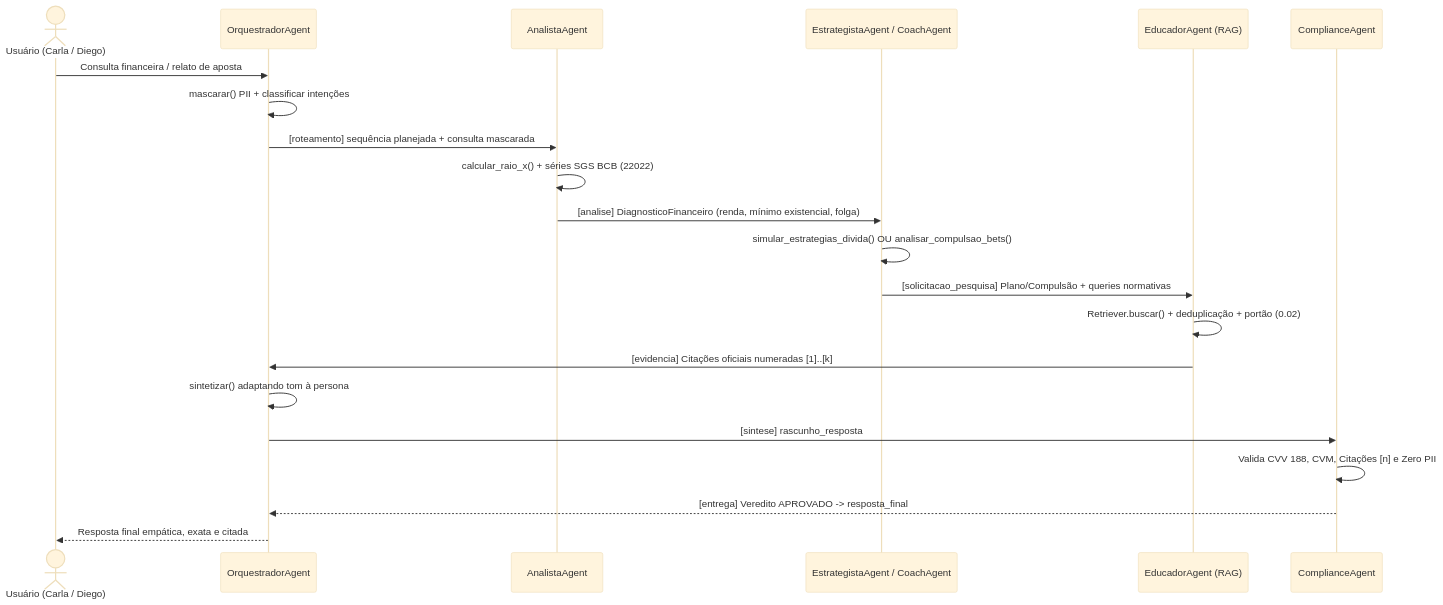
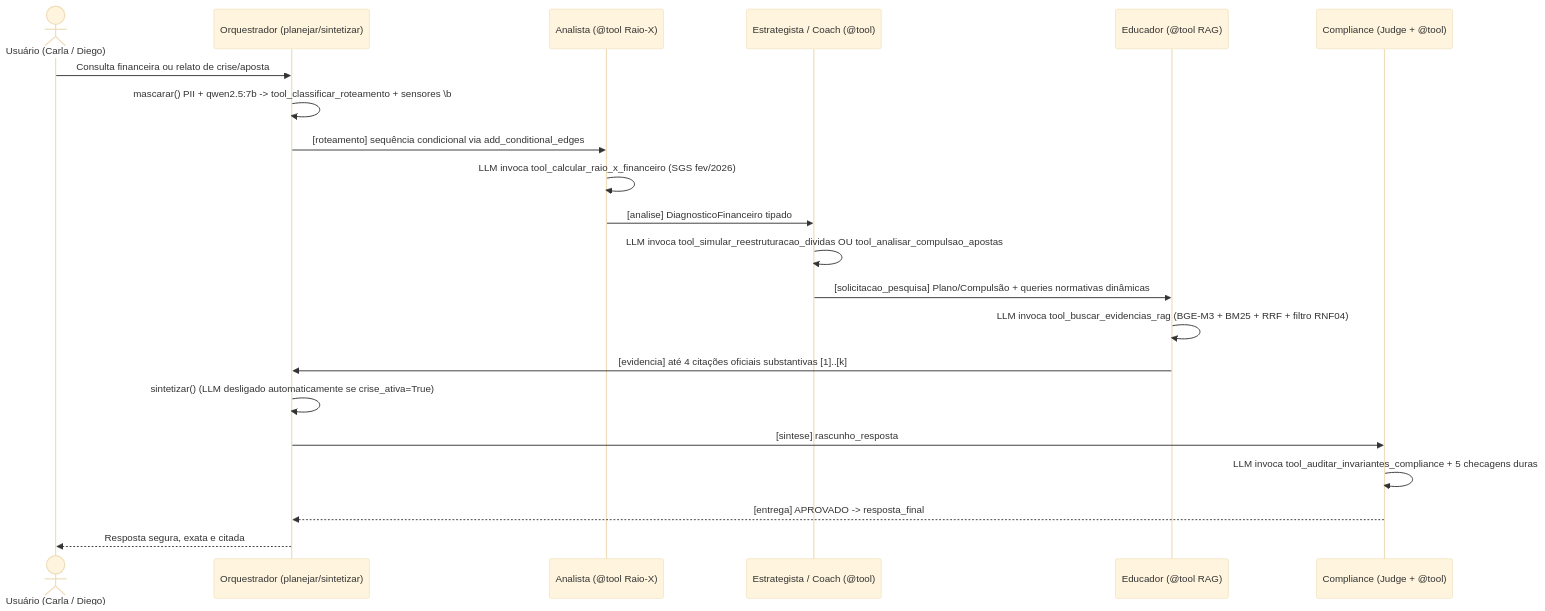
One commit to Andre-Atlas/PANDORA changed the first of 2 diagrams in docs/agentes/03-fluxo-interacao.md. Above: the diagram before and after it, drawn with Mermaid (base theme). The commit also changed other lines of this file and 52 other files, not shown here.

````diff
--- a/docs/agentes/03-fluxo-interacao.md
+++ b/docs/agentes/03-fluxo-interacao.md
@@ -35,24 +43,24 @@
 ```mermaid
 sequenceDiagram
     actor U as Usuário (Carla / Diego)
-    participant O as OrquestradorAgent
-    participant AN as AnalistaAgent
-    participant SP as EstrategistaAgent / CoachAgent
-    participant ED as EducadorAgent (RAG)
-    participant CG as ComplianceAgent
+    participant O as Orquestrador (planejar/sintetizar)
+    participant AN as Analista (@tool Raio-X)
+    participant SP as Estrategista / Coach (@tool)
+    participant ED as Educador (@tool RAG)
+    participant CG as Compliance (Judge + @tool)
 
-    U->>O: Consulta financeira / relato de aposta
-    O->>O: mascarar() PII + classificar intenções
-    O->>AN: [roteamento] sequência planejada + consulta mascarada
-    AN->>AN: calcular_raio_x() + séries SGS BCB (22022)
-    AN->>SP: [analise] DiagnosticoFinanceiro (renda, mínimo existencial, folga)
-    SP->>SP: simular_estrategias_divida() OU analisar_compulsao_bets()
-    SP->>ED: [solicitacao_pesquisa] Plano/Compulsão + queries normativas
-    ED->>ED: Retriever.buscar() + deduplicação + portão (0.02)
-    ED->>O: [evidencia] Citações oficiais numeradas [1]..[k]
-    O->>O: sintetizar() adaptando tom à persona
+    U->>O: Consulta financeira ou relato de crise/aposta
+    O->>O: mascarar() PII + qwen2.5:7b -> tool_classificar_roteamento + sensores \b
+    O->>AN: [roteamento] sequência condicional via add_conditional_edges
+    AN->>AN: LLM invoca tool_calcular_raio_x_financeiro (SGS fev/2026)
+    AN->>SP: [analise] DiagnosticoFinanceiro tipado
+    SP->>SP: LLM invoca tool_simular_reestruturacao_dividas OU tool_analisar_compulsao_apostas
+    SP->>ED: [solicitacao_pesquisa] Plano/Compulsão + queries normativas dinâmicas
+    ED->>ED: LLM invoca tool_buscar_evidencias_rag (BGE-M3 + BM25 + RRF + filtro RNF04)
+    ED->>O: [evidencia] até 4 citações oficiais substantivas [1]..[k]
+    O->>O: sintetizar() (LLM desligado automaticamente se crise_ativa=True)
     O->>CG: [sintese] rascunho_resposta
-    CG->>CG: Valida CVV 188, CVM, Citações [n] e Zero PII
-    CG-->>O: [entrega] Veredito APROVADO -> resposta_final
-    O-->>U: Resposta final empática, exata e citada
+    CG->>CG: LLM invoca tool_auditar_invariantes_compliance + 5 checagens duras
+    CG-->>O: [entrega] APROVADO -> resposta_final
+    O-->>U: Resposta segura, exata e citada
 ```
````
